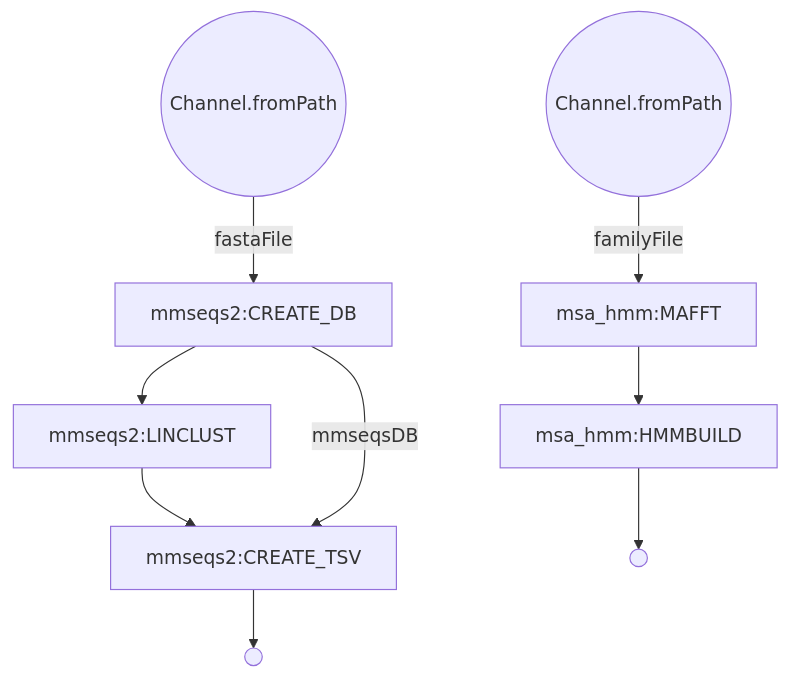
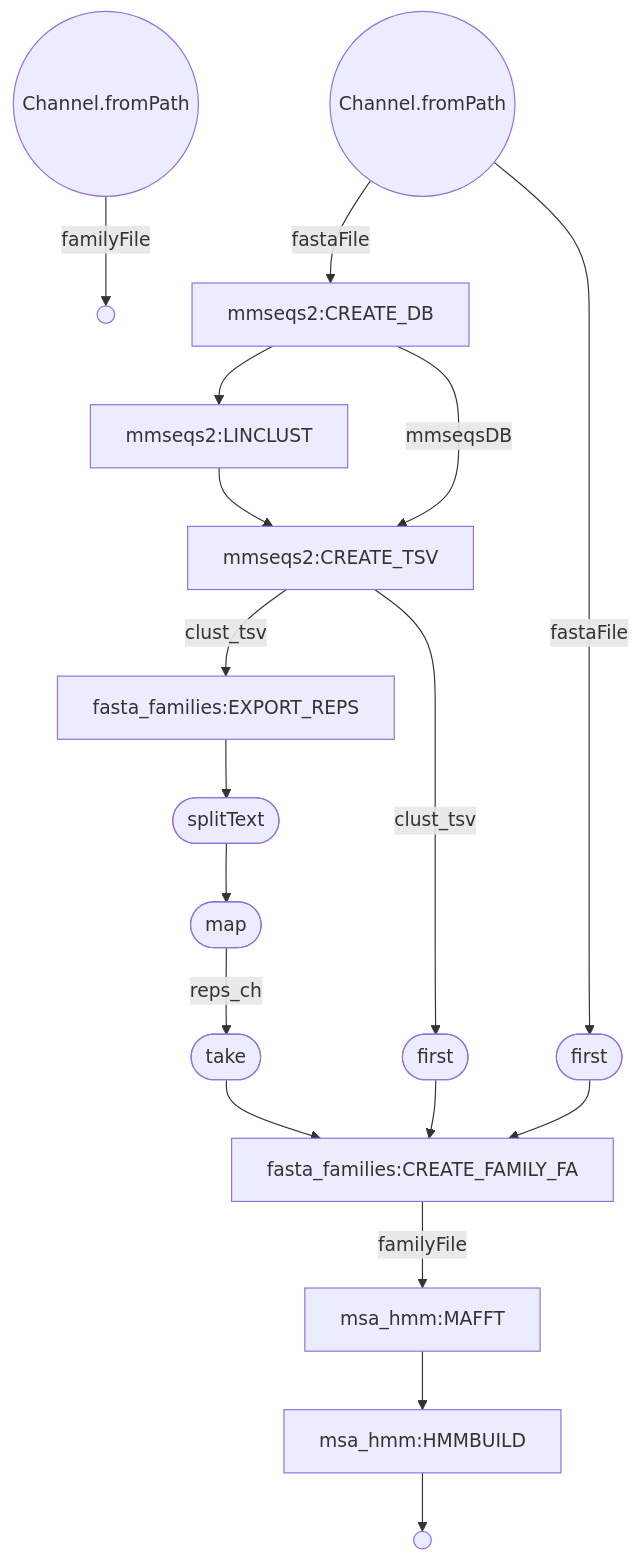
One commit to EBI-Metagenomics/mgnifams changed the diagram in flowchart.mmd. Above: the diagram before and after it, drawn with Mermaid. The commit also changed 7 other files, not shown here.

```diff
--- a/flowchart.mmd
+++ b/flowchart.mmd
@@ -1,18 +1,34 @@
 flowchart TD
     p0((Channel.fromPath))
     p1((Channel.fromPath))
-    p2[mmseqs2:CREATE_DB]
-    p3[mmseqs2:LINCLUST]
-    p4[mmseqs2:CREATE_TSV]
-    p5(( ))
-    p6[msa_hmm:MAFFT]
-    p7[msa_hmm:HMMBUILD]
-    p8(( ))
-    p0 -->|fastaFile| p2
-    p1 -->|familyFile| p6
-    p2 --> p3
+    p2(( ))
+    p3[mmseqs2:CREATE_DB]
+    p4[mmseqs2:LINCLUST]
+    p5[mmseqs2:CREATE_TSV]
+    p6[fasta_families:EXPORT_REPS]
+    p7([splitText])
+    p8([map])
+    p9([first])
+    p10([first])
+    p11([take])
+    p12[fasta_families:CREATE_FAMILY_FA]
+    p13[msa_hmm:MAFFT]
+    p14[msa_hmm:HMMBUILD]
+    p15(( ))
+    p0 -->|fastaFile| p3
+    p1 -->|familyFile| p2
     p3 --> p4
-    p2 -->|mmseqsDB| p4
     p4 --> p5
+    p3 -->|mmseqsDB| p5
+    p5 -->|clust_tsv| p6
     p6 --> p7
     p7 --> p8
+    p8 -->|reps_ch| p11
+    p5 -->|clust_tsv| p9
+    p9 --> p12
+    p0 -->|fastaFile| p10
+    p10 --> p12
+    p11 --> p12
+    p12 -->|familyFile| p13
+    p13 --> p14
+    p14 --> p15
```
